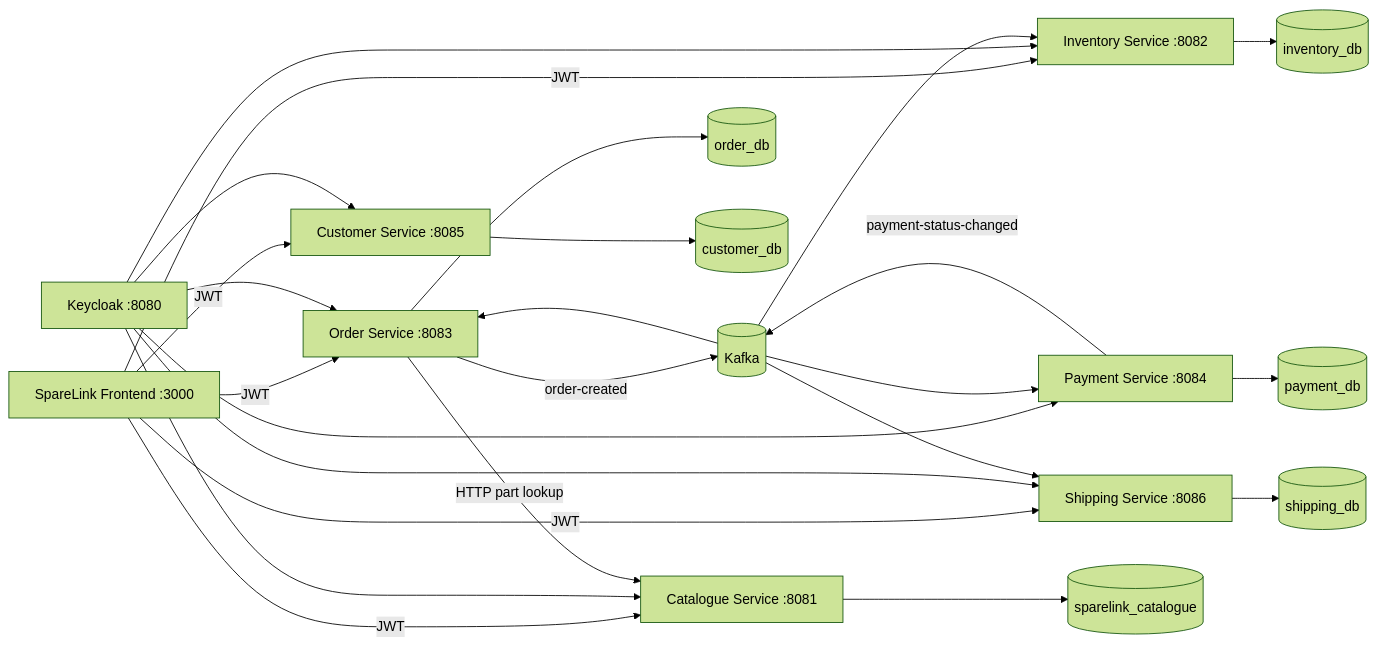
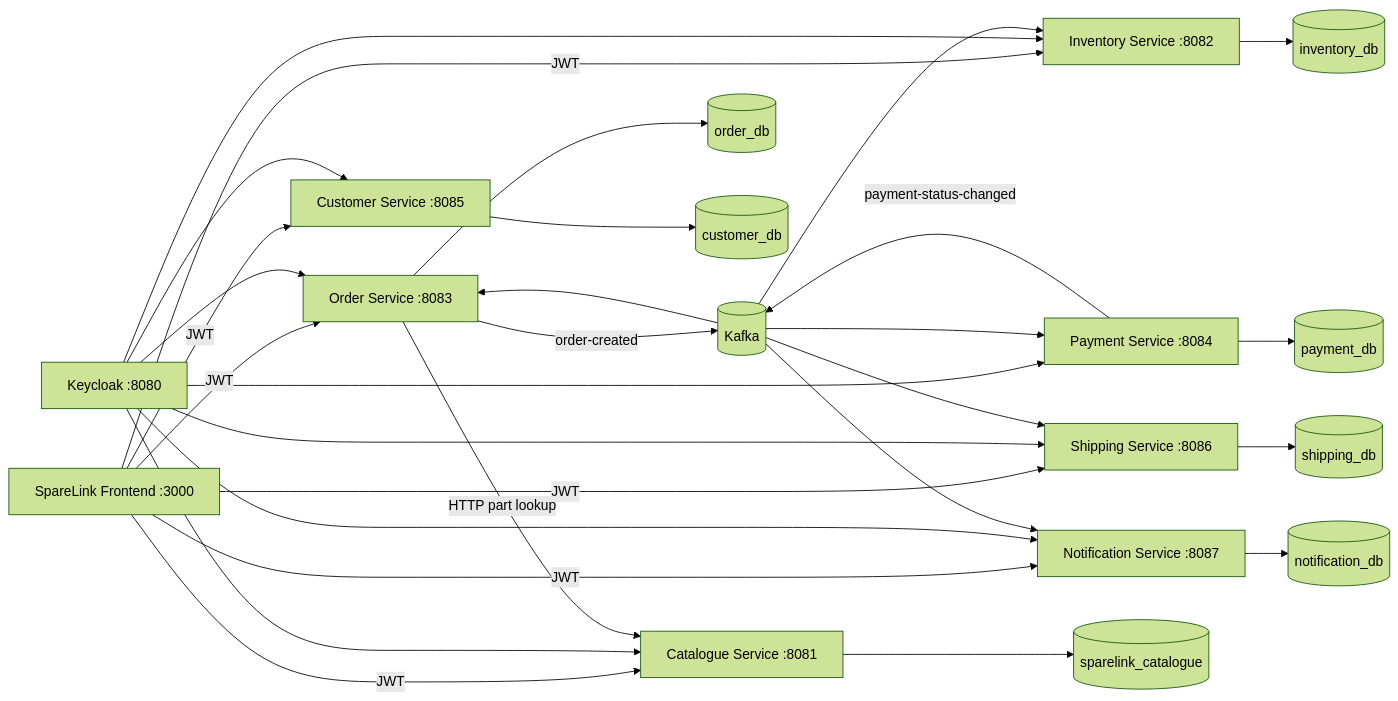
The diagram in README.md (tadiwanashe-mashongwa/sparelink-platform), drawn with Mermaid (forest theme) before and after one commit. The commit also changed other lines of this file and 4 other files, not shown here.

Commit message:
feat: integrate notification service into platform

````diff
--- a/README.md
+++ b/README.md
@@ -9,27 +9,31 @@
 ```mermaid
 flowchart LR
     Client[SpareLink Frontend :3000] -->|JWT| Order[Order Service :8083]
     Client -->|JWT| Catalogue[Catalogue Service :8081]
     Client -->|JWT| Inventory[Inventory Service :8082]
     Client -->|JWT| Customer[Customer Service :8085]
     Client -->|JWT| Shipping[Shipping Service :8086]
+    Client -->|JWT| Notification[Notification Service :8087]
     Keycloak[Keycloak :8080] --> Order
     Keycloak --> Catalogue
     Keycloak --> Inventory
     Keycloak --> Payment
     Keycloak --> Customer
     Keycloak --> Shipping
+    Keycloak --> Notification
     Order -->|HTTP part lookup| Catalogue
     Order -->|order-created| Kafka[(Kafka)]
     Kafka --> Inventory
     Kafka --> Payment[Payment Service :8084]
     Payment -->|payment-status-changed| Kafka
     Kafka --> Order
     Kafka --> Shipping
+    Kafka --> Notification
     Order --> OrderDb[(order_db)]
     Payment --> PaymentDb[(payment_db)]
     Catalogue --> CatalogueDb[(sparelink_catalogue)]
     Inventory --> InventoryDb[(inventory_db)]
     Customer --> CustomerDb[(customer_db)]
     Shipping --> ShippingDb[(shipping_db)]
+    Notification --> NotificationDb[(notification_db)]
 ```
````
